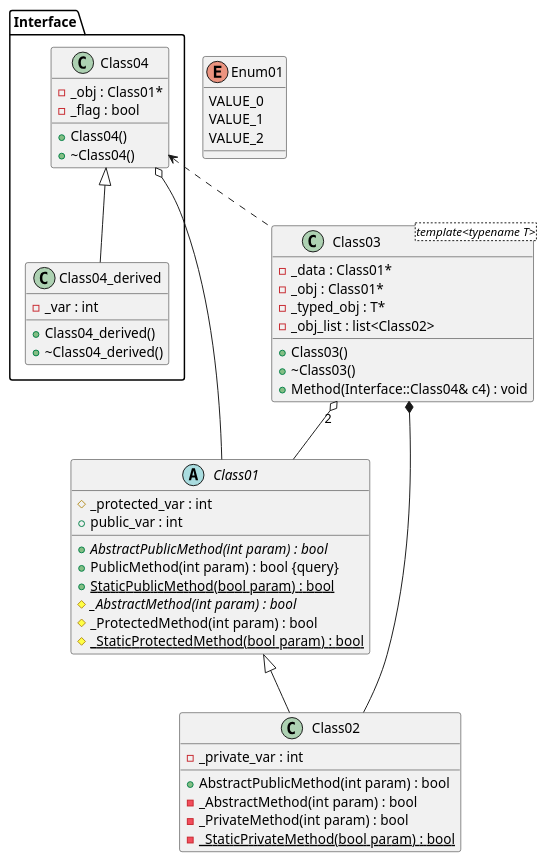
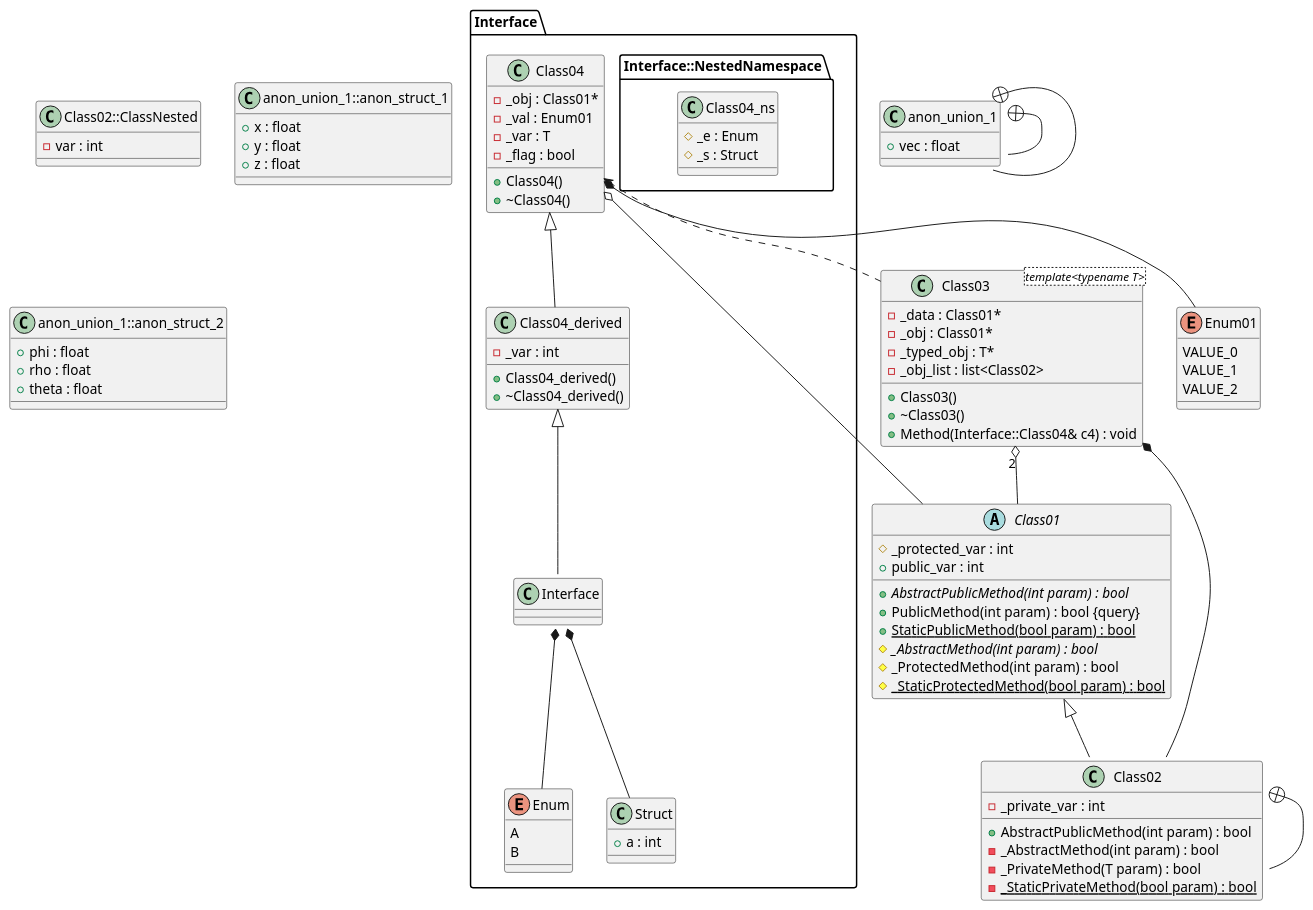
One commit to thibaultmarin/thibaultmarin.github.io changed the second of 4 diagrams in blog/posts/2016-11-30-hpp2plantuml_-_Convert_C++_header_files_to_PlantUML.org. Above: the diagram before and after it, drawn with PlantUML. The commit also changed other lines of this file and 2 other files, not shown here.

Commit message:
Update hpp2plantuml package

```diff
--- a/blog/posts/2016-11-30-hpp2plantuml_-_Convert_C++_header_files_to_PlantUML.org
+++ b/blog/posts/2016-11-30-hpp2plantuml_-_Convert_C++_header_files_to_PlantUML.org
@@ -2316,9 +2512,14 @@
 class Class02 {
 	+AbstractPublicMethod(int param) : bool
 	-_AbstractMethod(int param) : bool
-	-_PrivateMethod(int param) : bool
+	-_PrivateMethod(T param) : bool
 	-{static} _StaticPrivateMethod(bool param) : bool
 	-_private_var : int
+}
+
+
+class Class02::ClassNested {
+	-var : int
 }
 
 
@@ -2333,29 +2534,63 @@
 }
 
 
+enum Enum01 {
+	VALUE_0
+	VALUE_1
+	VALUE_2
+}
+
+
+class anon_union_1::anon_struct_1 {
+	+x : float
+	+y : float
+	+z : float
+}
+
+
+class anon_union_1::anon_struct_2 {
+	+phi : float
+	+rho : float
+	+theta : float
+}
+
+
+class anon_union_1 {
+	+vec : float
+}
+
+
 namespace Interface {
 	class Class04 {
 		+Class04()
 		+~Class04()
 		-_obj : Class01*
+		-_val : Enum01
+		-_var : T
 		-_flag : bool
 	}
-}
 
-
-namespace Interface {
 	class Class04_derived {
 		+Class04_derived()
 		+~Class04_derived()
 		-_var : int
 	}
-}
 
+	enum Enum {
+		A
+		B
+	}
 
-enum Enum01 {
-	VALUE_0
-	VALUE_1
-	VALUE_2
+	class Struct {
+		+a : int
+	}
+
+	namespace Interface::NestedNamespace {
+		class Class04_ns {
+			#_e : Enum
+			#_s : Struct
+		}
+	}
 }
 
 
@@ -2367,9 +2602,10 @@
 .Class01 <|-- .Class02
 
 
-namespace Interface {
-	Class04 <|-- Class04_derived
-}
+Interface.Class04 <|-- Interface.Class04_derived
+
+
+Interface.Class04_derived <|-- Interface.Interface::NestedNamespace.Class04_ns
 
 
 
@@ -2386,6 +2622,15 @@
 Interface.Class04 o-- .Class01
 
 
+Interface.Class04 *-- .Enum01
+
+
+Interface.Interface::NestedNamespace.Class04_ns *-- Interface.Enum
+
+
+Interface.Interface::NestedNamespace.Class04_ns *-- Interface.Struct
+
+
 
 
 
@@ -2398,5 +2643,19 @@
 
 
 
+
+/' Nested objects '/
+
+.Class02 +-- .Class02::ClassNested
+
+
+.anon_union_1 +-- .anon_union_1::anon_struct_1
+
+
+.anon_union_1 +-- .anon_union_1::anon_struct_2
+
+
+
+
 @enduml
 #+end_src
```
